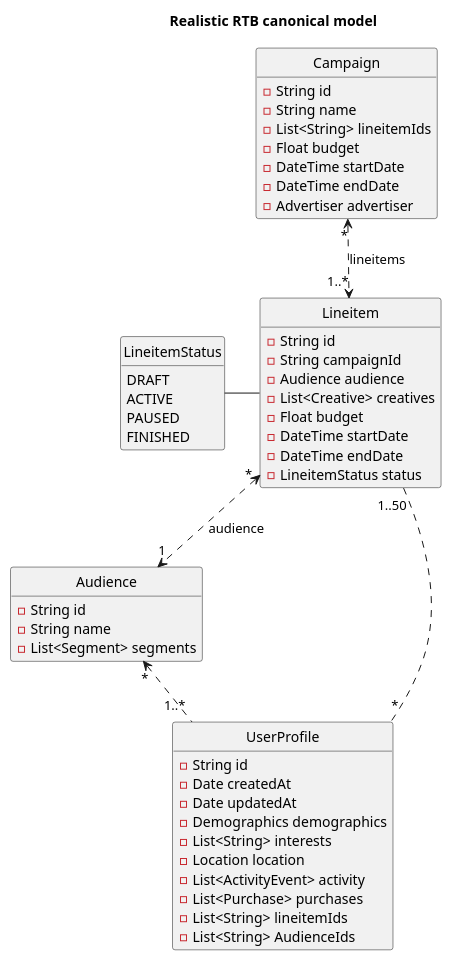
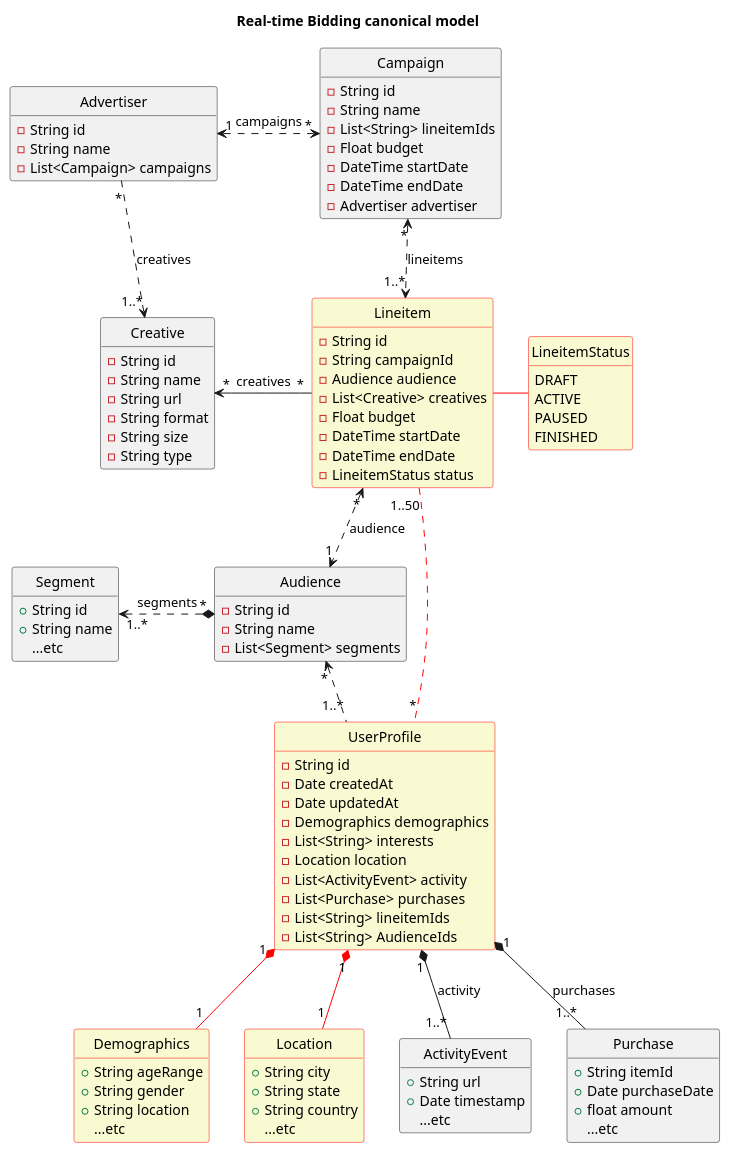
One commit to aerospike-examples/UseCases changed the first of 2 diagrams in AdTech/architecture/model/realistic-rtb-canonical.puml. Above: the diagram before and after it, drawn with PlantUML. The commit also changed other lines of this file and 4 other files, not shown here.

Commit message:
small updates to architecture dirgrams and code clarity

```diff
--- a/AdTech/architecture/model/realistic-rtb-canonical.puml
+++ b/AdTech/architecture/model/realistic-rtb-canonical.puml
@@ -3,135 +3,146 @@
 @startuml
 
-title Realistic RTB canonical model
+title Real-time Bidding canonical model
 
 hide circle
 
 hide empty members
 
-hide Segment
-hide Demographics
-hide Location
-hide Creative
-hide Advertiser
-hide ActivityEvent
-hide Purchase
+' hide Segment
+' hide Demographics
+' hide Location
+' hide Creative
+' hide Advertiser
+' hide ActivityEvent
+' hide Purchase
 
-class UserProfile {
+
+
+' skinparam class {
+'   BackgroundColor PaleGreen
+'   ArrowColor SeaGreen
+'   BorderColor SpringGreen
+' }
+' skinparam stereotypeCBackgroundColor YellowGreen
+
+
+
+
+class UserProfile  #LightGoldenRodYellow ##red{
   - String id
   - Date createdAt
   - Date updatedAt
   - Demographics demographics
   - List<String> interests
   - Location location
   - List<ActivityEvent> activity
   - List<Purchase> purchases
   - List<String> lineitemIds
   - List<String> AudienceIds
 }
 
-class Demographics {
+class Demographics  #LightGoldenRodYellow ##red{
   +String ageRange
   +String gender
   +String location
   ...etc
 }
 
-class Location {
+class Location #LightGoldenRodYellow ##red{
   +String city
   +String state
   +String country
   ...etc
 }
 
 class ActivityEvent {
   +String url
   +Date timestamp
   ...etc
 }
 
 class Purchase {
   +String itemId
   +Date purchaseDate
   +float amount
   ...etc
 }
 
-UserProfile "1" -- "1" Demographics
-UserProfile "1" -- "1" Location
-UserProfile "1" -- "1..*" ActivityEvent : activity
-UserProfile "1" -- "1..*" Purchase : purchases
+UserProfile "1" *-- "1" Demographics  #red
+UserProfile "1" *-- "1" Location #red
+UserProfile "1" *-- "1..*" ActivityEvent : activity
+UserProfile "1" *-- "1..*" Purchase : purchases
 
 
-enum LineitemStatus {
+enum LineitemStatus #LightGoldenRodYellow ##red{
     DRAFT
     ACTIVE
     PAUSED
     FINISHED
 }
 
 class Campaign {
     - String id
     - String name
     - List<String> lineitemIds
     - Float budget
     - DateTime startDate
     - DateTime endDate
     - Advertiser advertiser
 }
 
 
-class Lineitem {
+class Lineitem #LightGoldenRodYellow ##red{
     - String id
     - String campaignId
     - Audience audience
     - List<Creative> creatives
     - Float budget
     - DateTime startDate
     - DateTime endDate
     - LineitemStatus status
 }
 
 class Audience {
     - String id
     - String name
     - List<Segment> segments
 }
 
 class Segment {
   +String id
   +String name
   ...etc
 }
 
 
 
 
 class Advertiser {
     - String id
     - String name
     - List<Campaign> campaigns
 }
 
 
 class Creative {
     - String id
     - String name
     - String url
     - String format
     - String size
     - String type
 }
 
 Campaign "*" <..> "1..*" Lineitem : lineitems
-Advertiser "1" <-> "*" Campaign : campaigns
-Advertiser "*" --> "1..*" Creative : creatives
+Advertiser "1" <.> "*" Campaign : campaigns
+Advertiser "*" ..> "1..*" Creative : creatives
 Creative "*" <- "*" Lineitem : creatives
 Lineitem "*" <..> "1" Audience : audience
-LineitemStatus - Lineitem
-Lineitem "1..50" .. "*" UserProfile
-Audience "*" -> "1..*" Segment : segments
+Lineitem - LineitemStatus  #red
+Lineitem "1..50" .. "*" UserProfile   #red
+Segment "1..*" <.* "*" Audience : segments
 Audience "*" <.. "1..*" UserProfile
 
 
-
 @enduml
```
